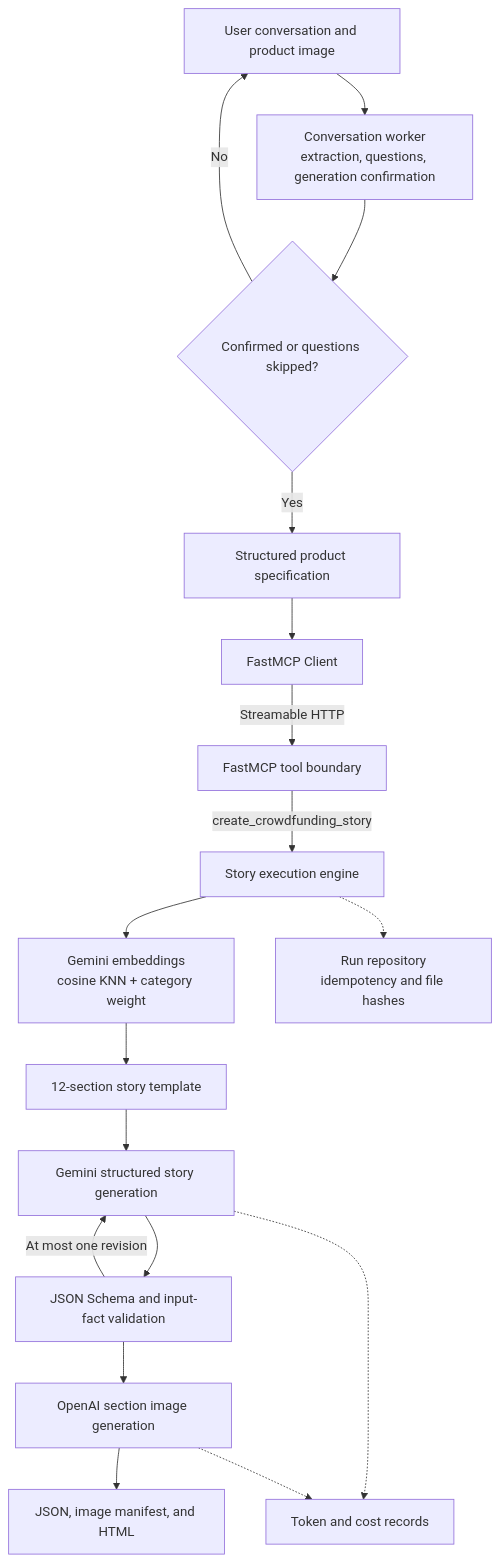
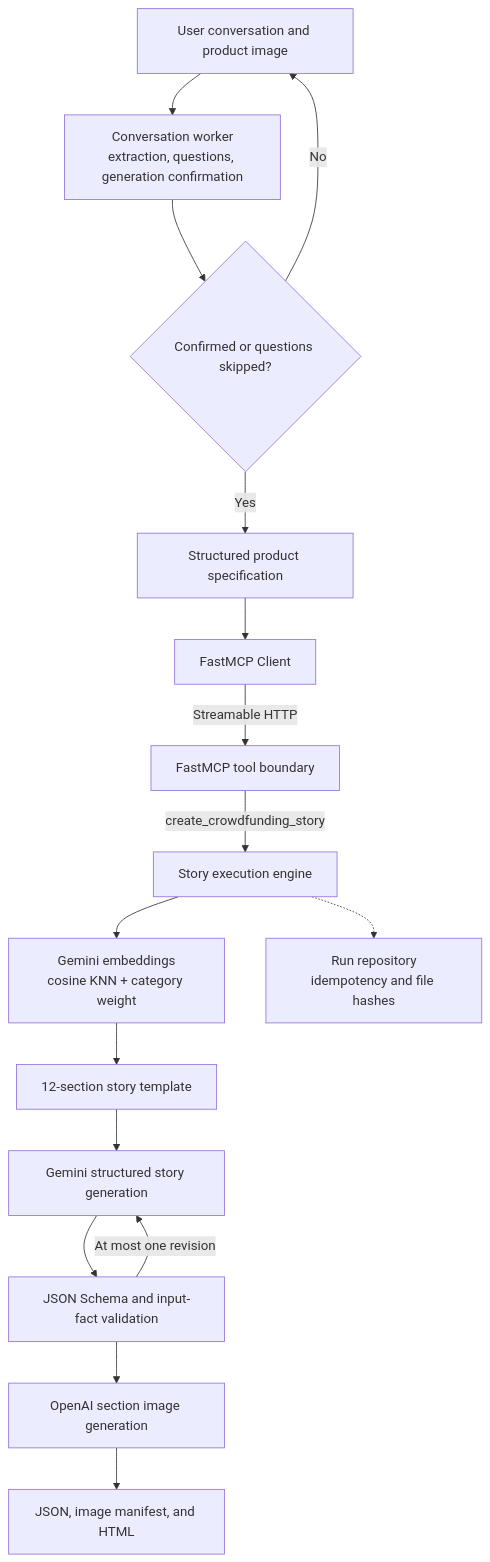
The diagram in README.md (KT-Cloud-Tech-Up-team6/funding-story-ai), drawn with Mermaid before and after one commit. The commit also changed other lines of this file and 37 other files, not shown here.

````diff
--- a/README.md
+++ b/README.md
@@ -217,23 +214,21 @@
 ```mermaid
 flowchart TB
     U["User conversation and product image"] --> A["Conversation worker<br/>extraction, questions, generation confirmation"]
     A --> Q{"Confirmed or questions skipped?"}
     Q -->|"No"| U
     Q -->|"Yes"| D["Structured product specification"]
 
     D --> C["FastMCP Client"]
     C -->|"Streamable HTTP"| M["FastMCP tool boundary"]
     M -->|"create_crowdfunding_story"| E["Story execution engine"]
 
     E --> K["Gemini embeddings<br/>cosine KNN + category weight"]
     K --> T["12-section story template"]
     T --> G["Gemini structured story generation"]
     G --> V["JSON Schema and input-fact validation"]
     V -->|"At most one revision"| G
     V --> I["OpenAI section image generation"]
     I --> R["JSON, image manifest, and HTML"]
 
     E -.-> L["Run repository<br/>idempotency and file hashes"]
-    G -.-> X["Token and cost records"]
-    I -.-> X
 ```
````
